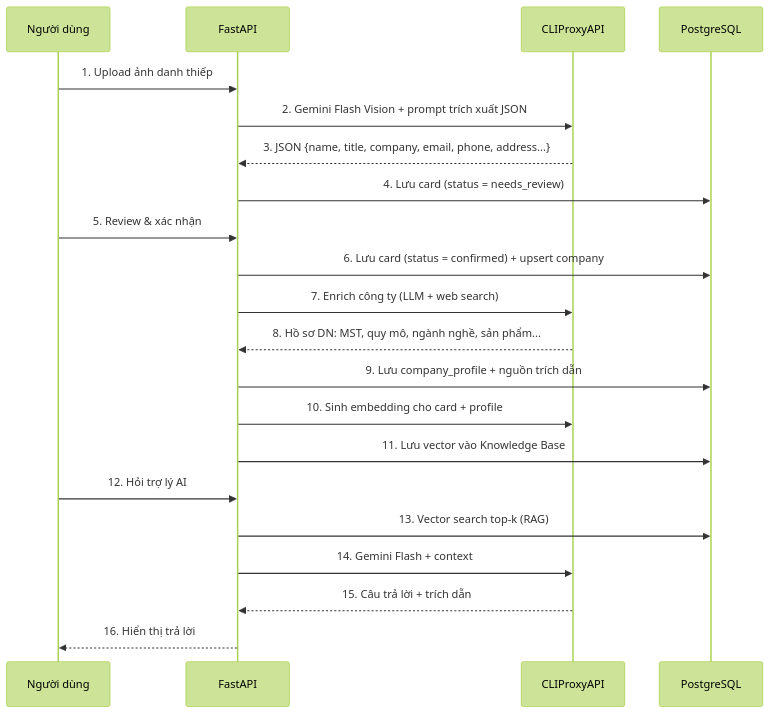
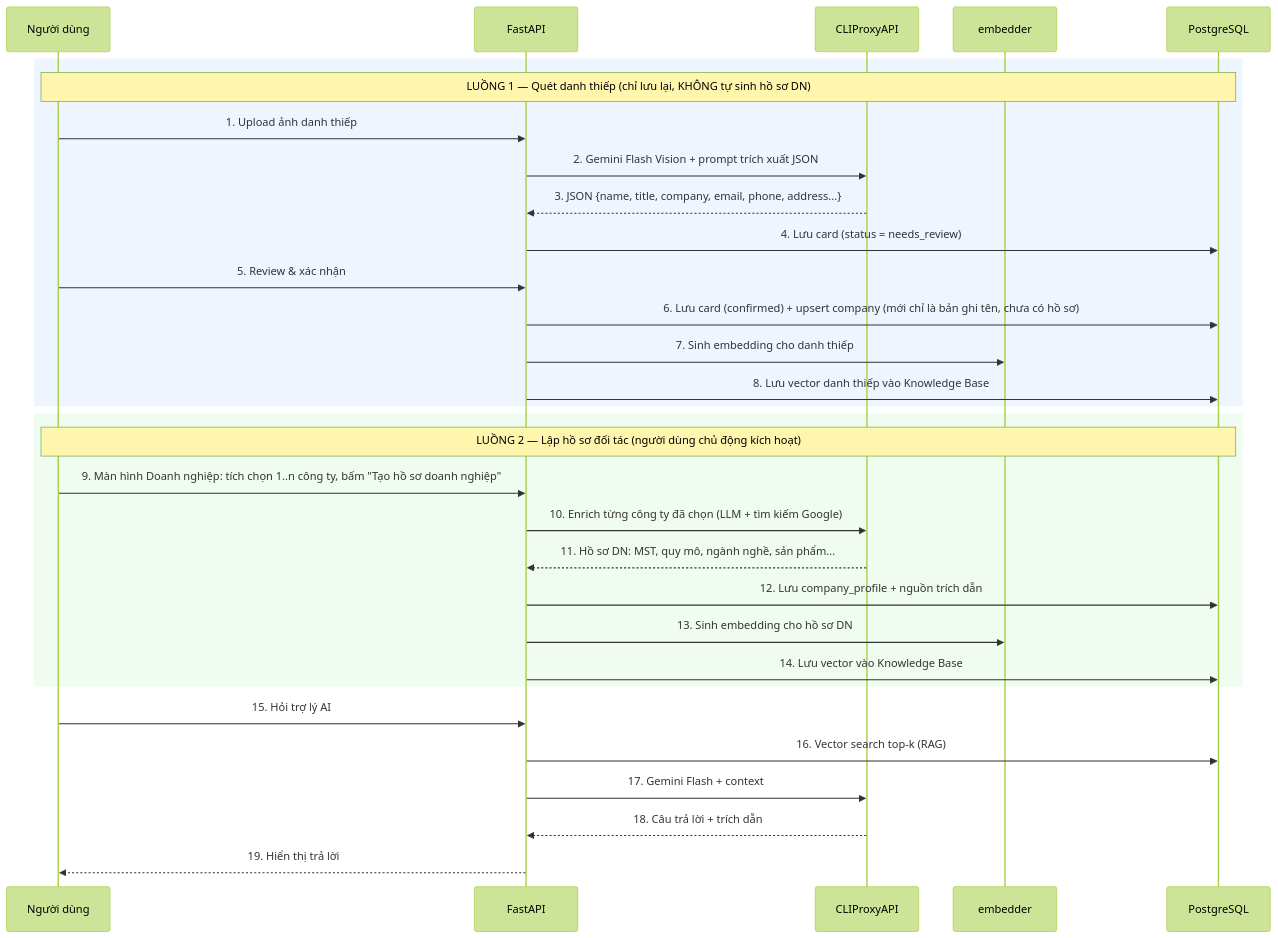
The second of 3 diagrams in Plan.md (quannt2403pc/BussinessCard_OCR), drawn with Mermaid (forest theme) before and after one commit. The commit also changed other lines of this file and 85 other files, not shown here.

````diff
--- a/Plan.md
+++ b/Plan.md
@@ -57,24 +60,36 @@
 ```mermaid
 sequenceDiagram
     participant U as Người dùng
     participant API as FastAPI
     participant PX as CLIProxyAPI
+    participant EMB as embedder
     participant DB as PostgreSQL
 
+    rect rgb(238, 245, 255)
+    Note over U,DB: LUỒNG 1 — Quét danh thiếp (chỉ lưu lại, KHÔNG tự sinh hồ sơ DN)
     U->>API: 1. Upload ảnh danh thiếp
     API->>PX: 2. Gemini Flash Vision + prompt trích xuất JSON
     PX-->>API: 3. JSON {name, title, company, email, phone, address...}
     API->>DB: 4. Lưu card (status = needs_review)
     U->>API: 5. Review & xác nhận
-    API->>DB: 6. Lưu card (status = confirmed) + upsert company
-    API->>PX: 7. Enrich công ty (LLM + web search)
-    PX-->>API: 8. Hồ sơ DN: MST, quy mô, ngành nghề, sản phẩm...
-    API->>DB: 9. Lưu company_profile + nguồn trích dẫn
-    API->>PX: 10. Sinh embedding cho card + profile
-    API->>DB: 11. Lưu vector vào Knowledge Base
-    U->>API: 12. Hỏi trợ lý AI
-    API->>DB: 13. Vector search top-k (RAG)
-    API->>PX: 14. Gemini Flash + context
-    PX-->>API: 15. Câu trả lời + trích dẫn
-    API-->>U: 16. Hiển thị trả lời
+    API->>DB: 6. Lưu card (confirmed) + upsert company (mới chỉ là bản ghi tên, chưa có hồ sơ)
+    API->>EMB: 7. Sinh embedding cho danh thiếp
+    API->>DB: 8. Lưu vector danh thiếp vào Knowledge Base
+    end
+
+    rect rgb(240, 252, 240)
+    Note over U,DB: LUỒNG 2 — Lập hồ sơ đối tác (người dùng chủ động kích hoạt)
+    U->>API: 9. Màn hình Doanh nghiệp: tích chọn 1..n công ty, bấm "Tạo hồ sơ doanh nghiệp"
+    API->>PX: 10. Enrich từng công ty đã chọn (LLM + tìm kiếm Google)
+    PX-->>API: 11. Hồ sơ DN: MST, quy mô, ngành nghề, sản phẩm...
+    API->>DB: 12. Lưu company_profile + nguồn trích dẫn
+    API->>EMB: 13. Sinh embedding cho hồ sơ DN
+    API->>DB: 14. Lưu vector vào Knowledge Base
+    end
+
+    U->>API: 15. Hỏi trợ lý AI
+    API->>DB: 16. Vector search top-k (RAG)
+    API->>PX: 17. Gemini Flash + context
+    PX-->>API: 18. Câu trả lời + trích dẫn
+    API-->>U: 19. Hiển thị trả lời
 ```
````
